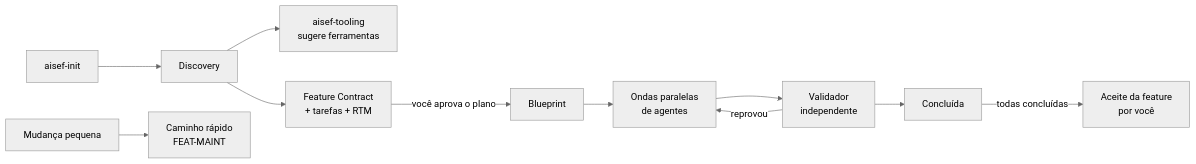
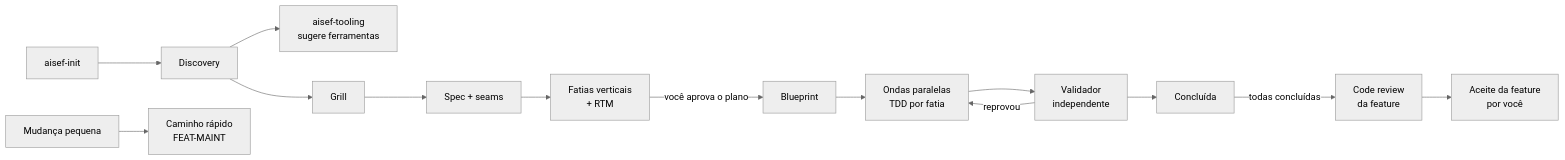
One commit to NowItMakesSense/aisef changed the diagram in docs/guide/workflow.md. Above: the diagram before and after it, drawn with Mermaid (neutral theme). The commit also changed other lines of this file and 44 other files, not shown here.

First line of the commit message:
feat: v0.6.0 SDD + TDD com fatias verticais e o metodo do Matt Pocock (#6)

````diff
--- a/docs/guide/workflow.md
+++ b/docs/guide/workflow.md
@@ -3,13 +3,16 @@
 ```mermaid
 flowchart LR
   I[aisef-init] --> D[Discovery]
   D --> T[aisef-tooling<br/>sugere ferramentas]
-  D --> F[Feature Contract<br/>+ tarefas + RTM]
+  D --> G[Grill]
+  G --> S[Spec + seams]
+  S --> F[Fatias verticais<br/>+ RTM]
   F -->|você aprova o plano| B[Blueprint]
-  B --> W[Ondas paralelas<br/>de agentes]
+  B --> W[Ondas paralelas<br/>TDD por fatia]
   W --> V[Validador<br/>independente]
   V -->|reprovou| W
   V --> C[Concluída]
-  C -->|todas concluídas| A[Aceite da feature<br/>por você]
+  C -->|todas concluídas| R[Code review<br/>da feature]
+  R --> A[Aceite da feature<br/>por você]
   Q[Mudança pequena] --> M[Caminho rápido<br/>FEAT-MAINT]
 ```
````
